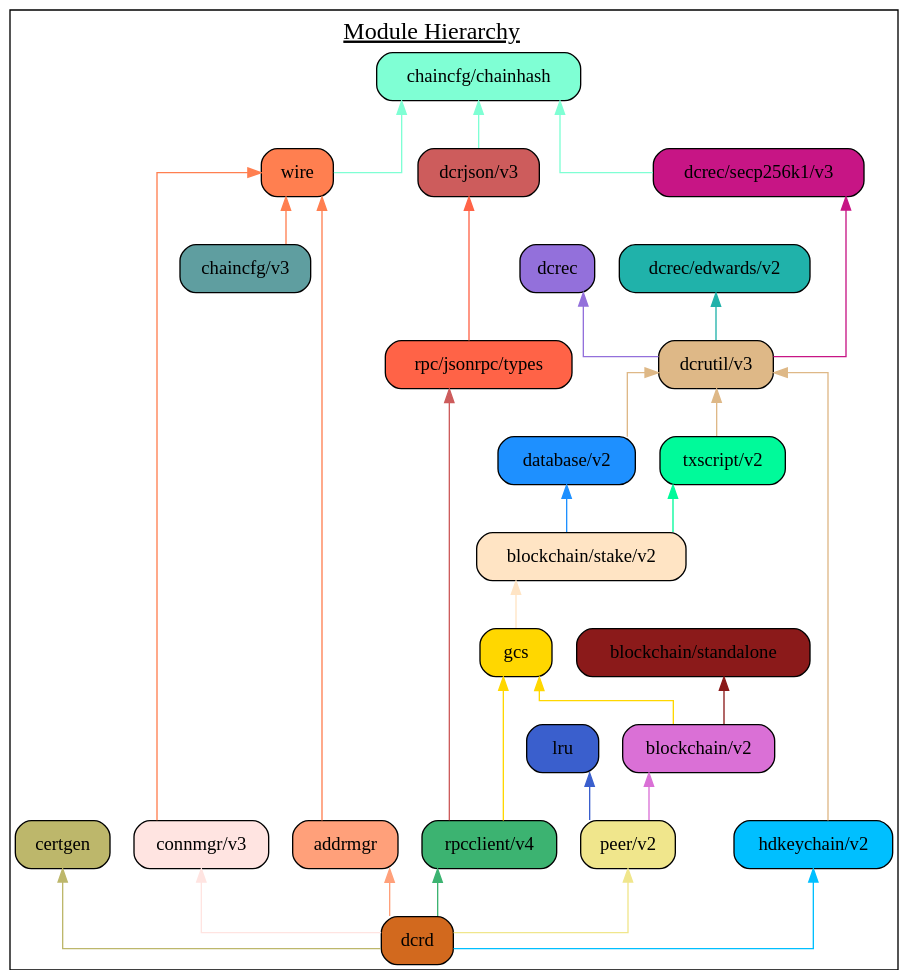
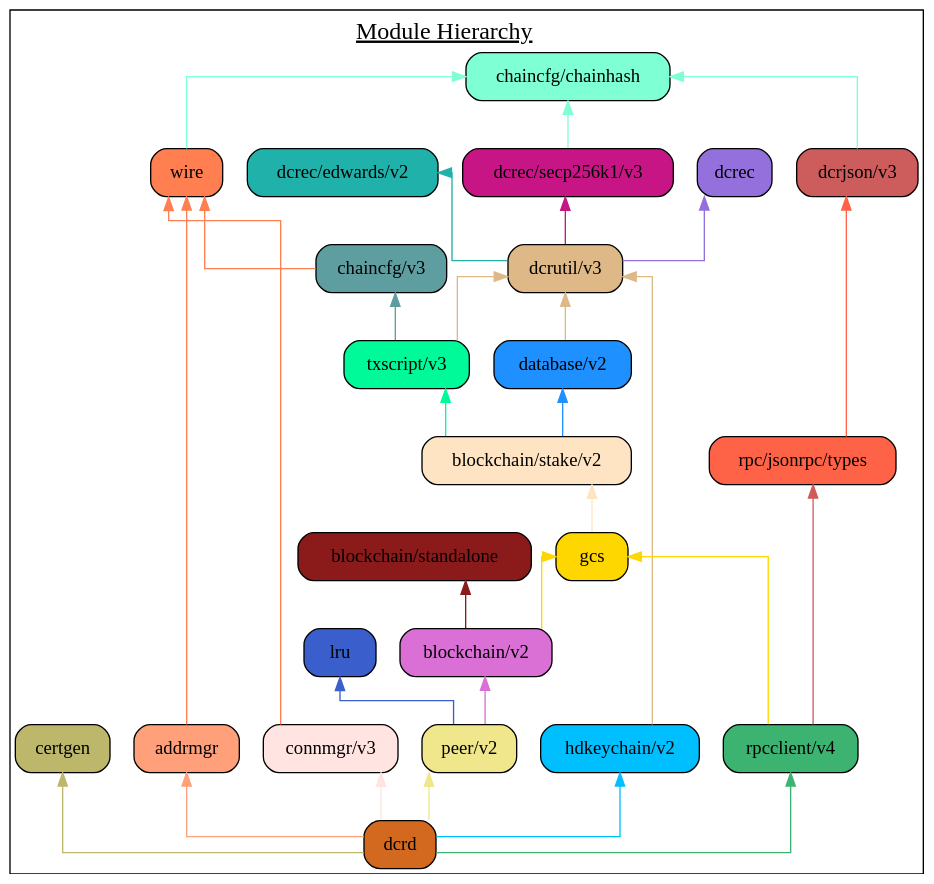
One commit to decred/dcrd changed the diagram in docs/assets/module_hierarchy.gv. Above: the diagram before and after it, drawn with Graphviz. The commit also changed 2 other files, not shown here.

Commit message:
docs: Update for txscript v3 module.
This updates the docs/README.md file, module hierarchy graphviz, and
module hierarchy diagram to reflect the new module version and the
removal of the chaincfg dependency.

```diff
--- a/docs/assets/module_hierarchy.gv
+++ b/docs/assets/module_hierarchy.gv
@@ -1,64 +1,63 @@
 digraph {
 	graph [splines=ortho colorscheme=svg label=<<u>Module Hierarchy</u>> labelloc=t fontsize=18.0]
 	node [shape=box style="filled, rounded"]
 
 	certgen [label="certgen" fillcolor=darkkhaki]
 	chainhash [label="chaincfg/chainhash" fillcolor=aquamarine]
 	dcrjson [label="dcrjson/v3" fillcolor=indianred]
 	types [label="rpc/jsonrpc/types" fillcolor=tomato]
 	wire [label="wire" fillcolor=coral]
 	addrmgr [label="addrmgr" fillcolor=lightsalmon]
 	chaincfg [label="chaincfg/v3" fillcolor=cadetblue]
 	connmgr [label="connmgr/v3" fillcolor=mistyrose]
 	dcrec [label="dcrec" fillcolor=mediumpurple]
 	edwards [label="dcrec/edwards/v2" fillcolor=lightseagreen]
 	secp256k1 [label="dcrec/secp256k1/v3" fillcolor=mediumvioletred]
 	dcrutil [label="dcrutil/v3" fillcolor=burlywood]
 	database [label="database/v2" fillcolor=dodgerblue]
 	hdkeychain [label="hdkeychain/v2" fillcolor=deepskyblue]
-	txscript [label="txscript/v2" fillcolor=mediumspringgreen]
+	txscript [label="txscript/v3" fillcolor=mediumspringgreen]
 	stake [label="blockchain/stake/v2" fillcolor=bisque]
 	standalone [label="blockchain/standalone" fillcolor=firebrick4]
 	gcs [label="gcs" fillcolor=gold]
 	blockchain [label="blockchain/v2" fillcolor=orchid]
 	lru  [label="lru" fillcolor=royalblue3]
 	peer [label="peer/v2" fillcolor=khaki]
 	rpcclient [label="rpcclient/v4" fillcolor=mediumseagreen]
 	dcrd [label="dcrd" fillcolor=chocolate]
 
-	{rank=same wire secp256k1 dcrjson}
-	{rank=same dcrec chaincfg edwards}
 	{rank=same connmgr addrmgr hdkeychain peer rpcclient}
 
 	certgen
+	chaincfg -> txscript [dir=back color=cadetblue]
 	chainhash -> dcrjson [dir=back color=aquamarine]
 	chainhash -> wire [dir=back color=aquamarine]
 	wire -> addrmgr [dir=back color=coral]
 	wire -> chaincfg [dir=back color=coral]
 	wire -> connmgr [dir=back color=coral]
 	chainhash -> secp256k1 [dir=back color=aquamarine]
 	dcrec -> dcrutil [dir=back color=mediumpurple]
 	edwards ->  dcrutil [dir=back color=lightseagreen]
 	secp256k1 ->  dcrutil [dir=back color=mediumvioletred]
 	dcrutil -> database [dir=back color=burlywood]
 	dcrutil -> hdkeychain [dir=back color=burlywood]
 	dcrutil -> txscript [dir=back color=burlywood]
 	database ->  stake [dir=back color=dodgerblue]
 	txscript -> stake [dir=back color=mediumspringgreen]
 	stake -> gcs [dir=back color=bisque]
 	standalone -> blockchain [dir=back color=firebrick4]
 	gcs -> blockchain [dir=back color=gold]
 	gcs -> rpcclient [dir=back color=gold]
 
 	lru -> peer [dir=back color=royalblue3]
 	blockchain -> peer [dir=back color=orchid]
 	dcrjson -> types [dir=back color=tomato]
 	types -> rpcclient [dir=back color=indianred]
 
 	certgen -> dcrd [dir=back color=darkkhaki]
 	addrmgr -> dcrd [dir=back color=lightsalmon]
 	hdkeychain -> dcrd [dir=back color=deepskyblue]
 	connmgr -> dcrd [dir=back color=mistyrose]
 	rpcclient -> dcrd [dir=back color=mediumseagreen]
 	peer -> dcrd [dir=back color=khaki]
 }
```
